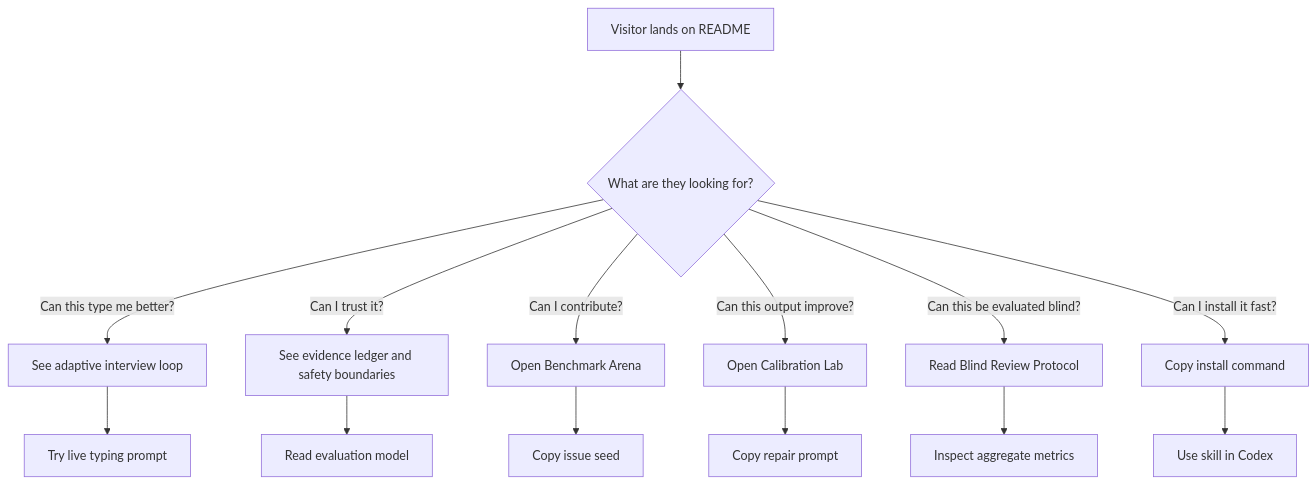
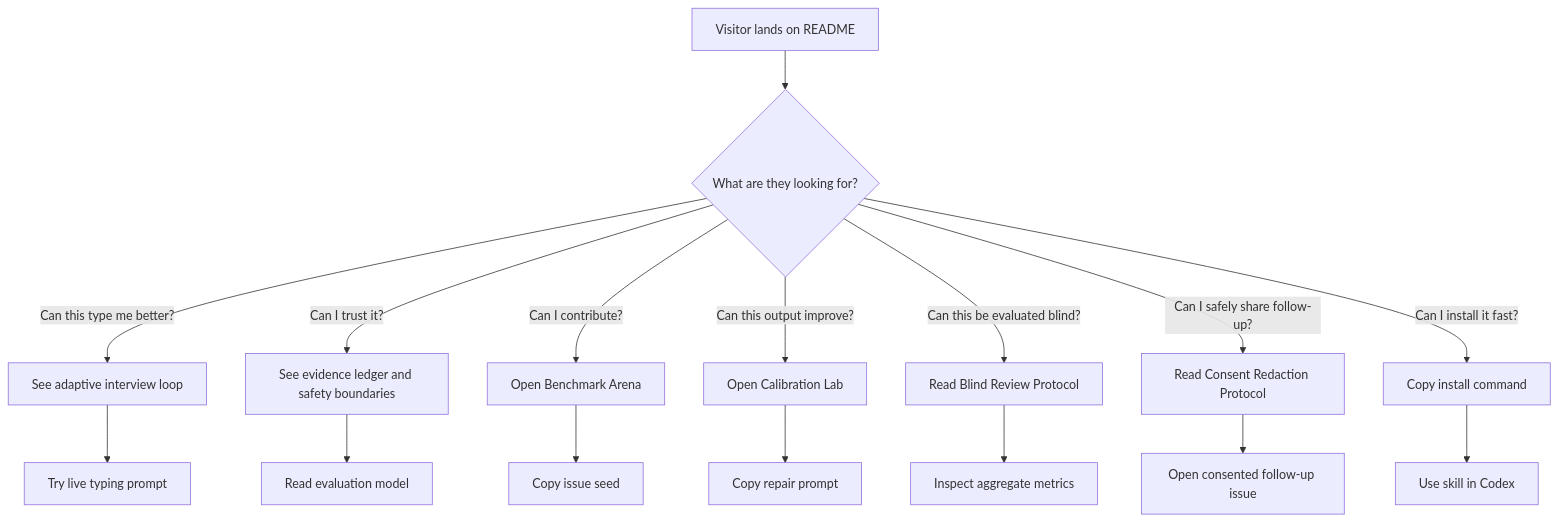
One commit to Zaoqu-Liu/mbti-typing-skill changed the diagram in docs/github-ux.md. Above: the diagram before and after it, drawn with Mermaid. The commit also changed other lines of this file and 17 other files, not shown here.

Commit message:
Add consent redaction follow-up loop

````diff
--- a/docs/github-ux.md
+++ b/docs/github-ux.md
@@ -33,16 +34,18 @@
 ```mermaid
 flowchart TD
     A[Visitor lands on README] --> B{What are they looking for?}
     B -->|Can this type me better?| C[See adaptive interview loop]
     B -->|Can I trust it?| D[See evidence ledger and safety boundaries]
     B -->|Can I contribute?| E[Open Benchmark Arena]
     B -->|Can this output improve?| K[Open Calibration Lab]
     B -->|Can this be evaluated blind?| M[Read Blind Review Protocol]
+    B -->|Can I safely share follow-up?| O[Read Consent Redaction Protocol]
     B -->|Can I install it fast?| F[Copy install command]
     C --> G[Try live typing prompt]
     D --> H[Read evaluation model]
     E --> I[Copy issue seed]
     K --> L[Copy repair prompt]
     M --> N[Inspect aggregate metrics]
+    O --> P[Open consented follow-up issue]
     F --> J[Use skill in Codex]
 ```
````
